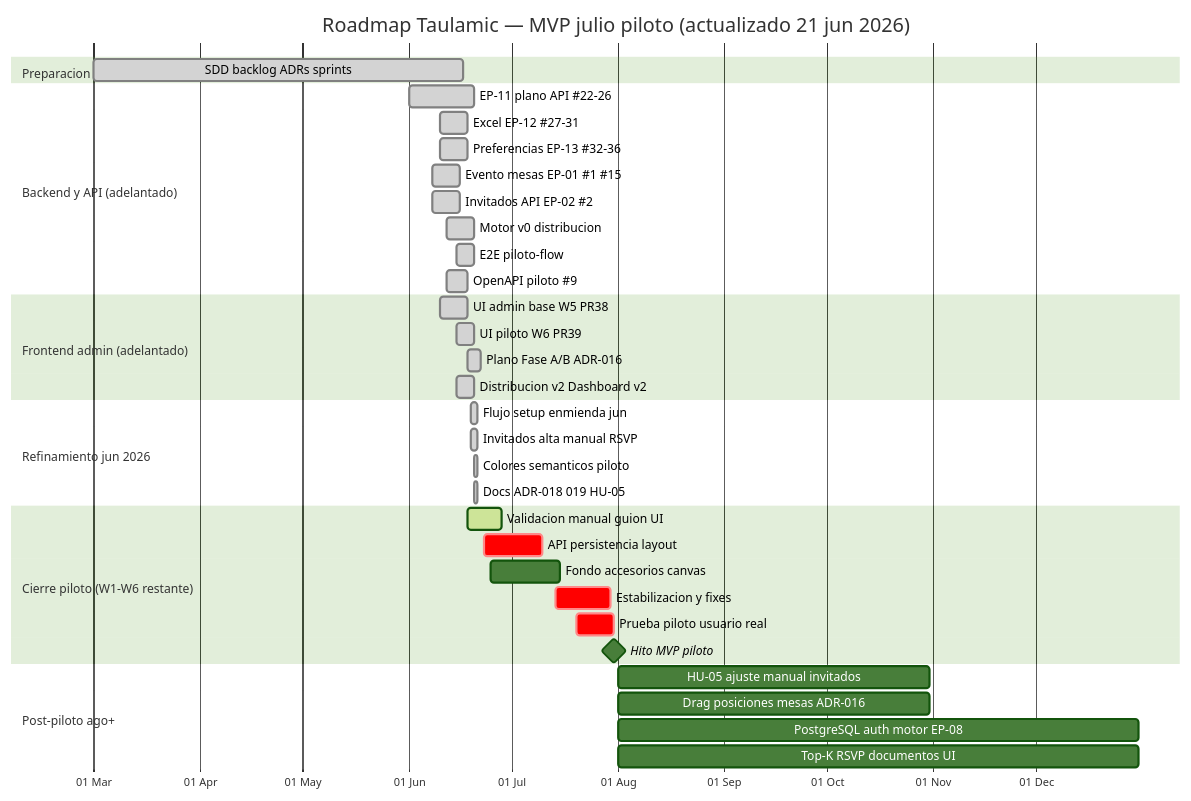
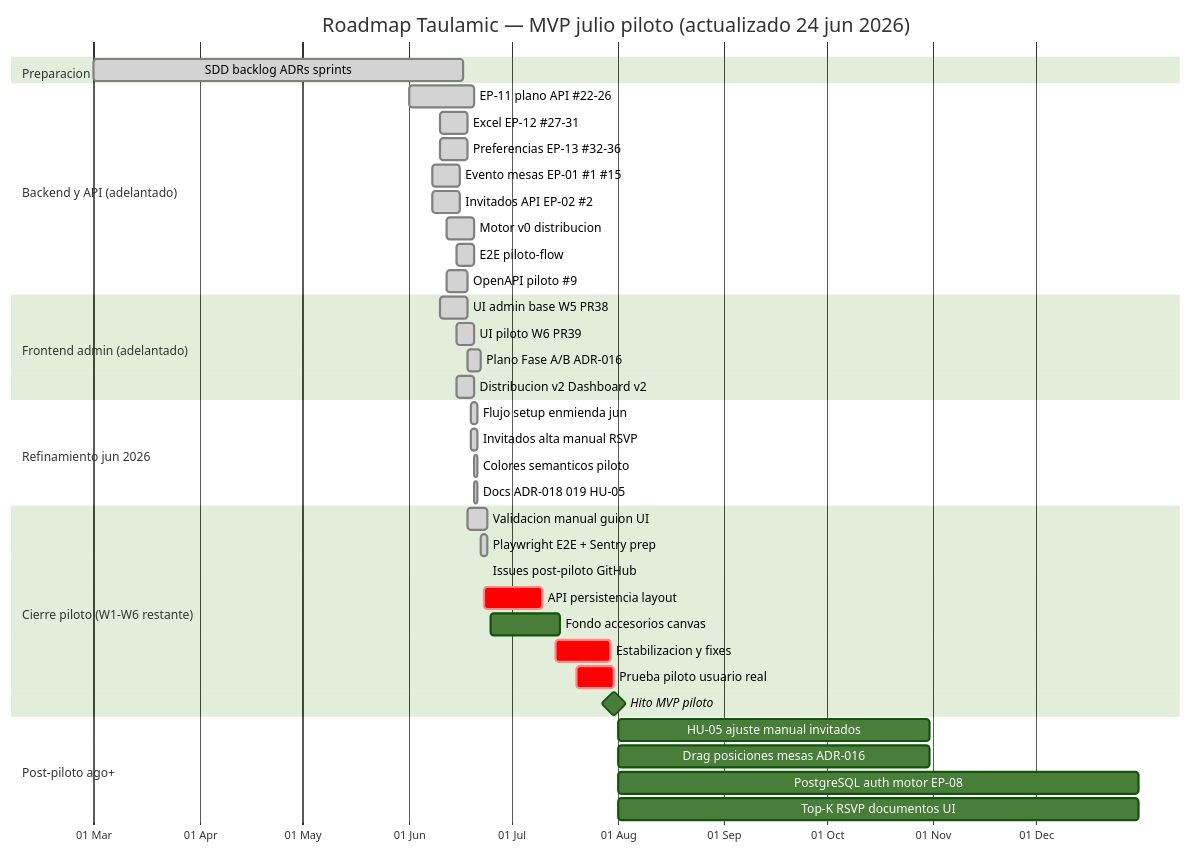
One commit to quintasc/taulamic changed the first of 3 diagrams in docs/agile/roadmap-mvp-julio.md. Above: the diagram before and after it, drawn with Mermaid (forest theme). The commit also changed other lines of this file and 3 other files, not shown here.

First line of the commit message:
docs(agile): actualizar planificacion post-validacion piloto 2026-06-24

````diff
--- a/docs/agile/roadmap-mvp-julio.md
+++ b/docs/agile/roadmap-mvp-julio.md
@@ -35,45 +35,47 @@
 ```mermaid
 gantt
-    title Roadmap Taulamic — MVP julio piloto (actualizado 21 jun 2026)
+    title Roadmap Taulamic — MVP julio piloto (actualizado 24 jun 2026)
     dateFormat YYYY-MM-DD
     axisFormat %d %b
 
     section Preparacion
     SDD backlog ADRs sprints     :done, prep, 2026-03-01, 2026-06-17
 
     section Backend y API (adelantado)
     EP-11 plano API #22-26       :done, ep11, 2026-06-01, 2026-06-20
     Excel EP-12 #27-31           :done, ep12, 2026-06-10, 2026-06-18
     Preferencias EP-13 #32-36    :done, ep13, 2026-06-10, 2026-06-18
     Evento mesas EP-01 #1 #15    :done, ep01, 2026-06-08, 2026-06-16
     Invitados API EP-02 #2       :done, ep02, 2026-06-08, 2026-06-16
     Motor v0 distribucion        :done, motor, 2026-06-12, 2026-06-20
     E2E piloto-flow              :done, e2e, 2026-06-15, 2026-06-20
     OpenAPI piloto #9            :done, oapi, 2026-06-12, 2026-06-18
 
     section Frontend admin (adelantado)
     UI admin base W5 PR38        :done, w5, 2026-06-10, 2026-06-18
     UI piloto W6 PR39            :done, w6, 2026-06-15, 2026-06-20
     Plano Fase A/B ADR-016       :done, plano, 2026-06-18, 2026-06-22
     Distribucion v2 Dashboard v2 :done, dist, 2026-06-15, 2026-06-20
 
     section Refinamiento jun 2026
     Flujo setup enmienda jun     :done, setup, 2026-06-19, 2026-06-21
     Invitados alta manual RSVP   :done, guests, 2026-06-19, 2026-06-21
     Colores semanticos piloto    :done, sem, 2026-06-20, 2026-06-21
     Docs ADR-018 019 HU-05       :done, docs, 2026-06-20, 2026-06-21
 
     section Cierre piloto (W1-W6 restante)
-    Validacion manual guion UI   :active, val, 2026-06-18, 2026-06-28
+    Validacion manual guion UI   :done, val, 2026-06-18, 2026-06-24
+    Playwright E2E + Sentry prep :done, e2ew, 2026-06-22, 2026-06-24
+    Issues post-piloto GitHub    :done, gh, 2026-06-24, 2026-06-24
     API persistencia layout      :crit, layout, 2026-06-23, 2026-07-10
     Fondo accesorios canvas      :layout2, 2026-06-25, 2026-07-15
     Estabilizacion y fixes       :crit, fix, 2026-07-14, 2026-07-30
     Prueba piloto usuario real   :crit, test, 2026-07-20, 2026-07-31
     Hito MVP piloto              :milestone, mvp, 2026-07-31, 0d
 
     section Post-piloto ago+
     HU-05 ajuste manual invitados:post, 2026-08-01, 2026-10-31
     Drag posiciones mesas ADR-016:post2, 2026-08-01, 2026-10-31
     PostgreSQL auth motor EP-08  :post3, 2026-08-01, 2026-12-31
     Top-K RSVP documentos UI     :post4, 2026-08-01, 2026-12-31
 ```
````
